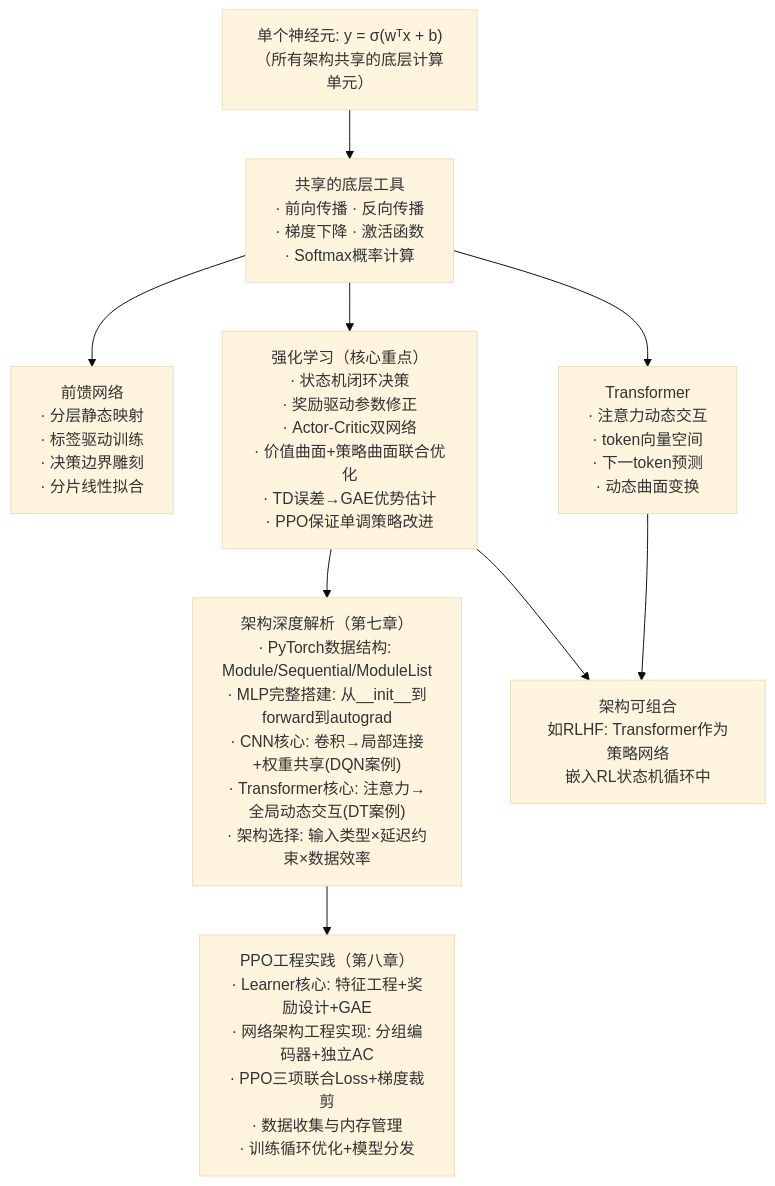
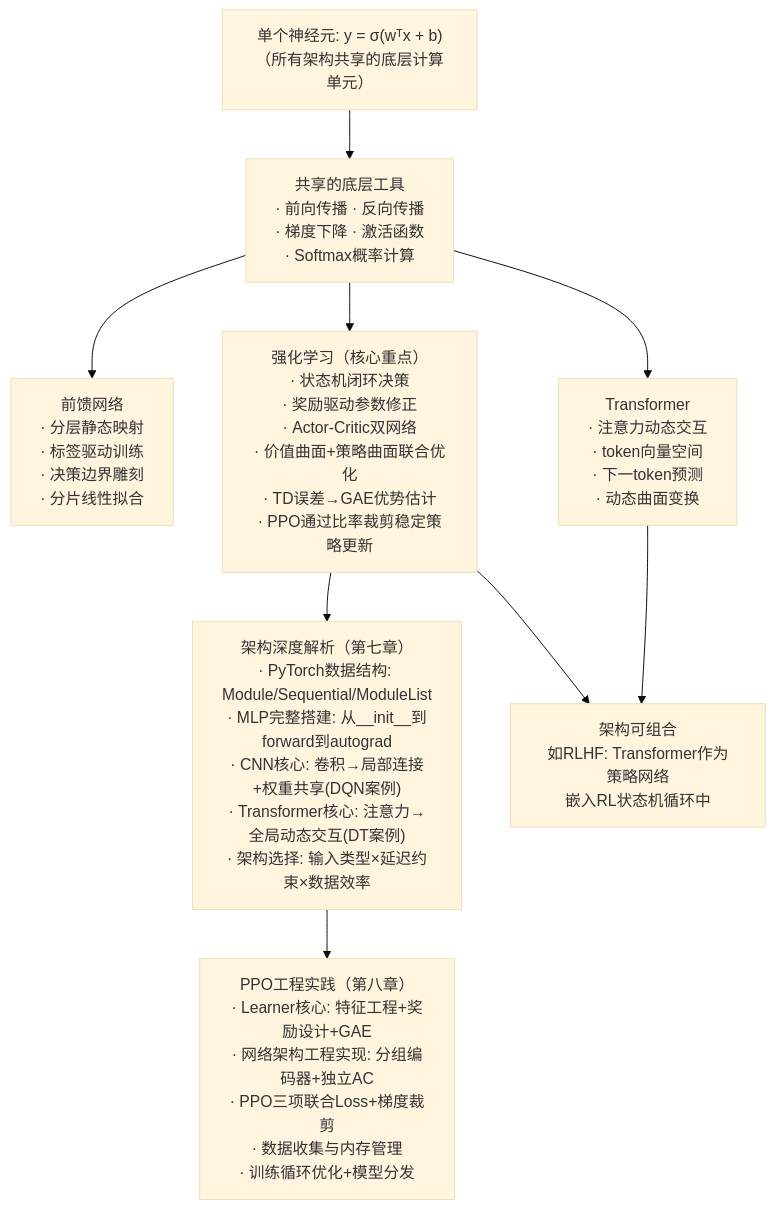
One commit to Achbite/RL-Study changed diagram 11 of 11 in RL-Note.md. Above: the diagram before and after it, drawn with Mermaid (base theme). The commit also changed other lines of this file and 1 other file, not shown here.

````diff
--- a/RL-Note.md
+++ b/RL-Note.md
@@ -4119,20 +5128,20 @@
 ```mermaid
 graph TD
     N["单个神经元: y = σ(wᵀx + b)<br/>（所有架构共享的底层计算单元）"]
     T["共享的底层工具<br/>· 前向传播 · 反向传播<br/>· 梯度下降 · 激活函数<br/>· Softmax概率计算"]
     FF["前馈网络<br/>· 分层静态映射<br/>· 标签驱动训练<br/>· 决策边界雕刻<br/>· 分片线性拟合"]
     TF["Transformer<br/>· 注意力动态交互<br/>· token向量空间<br/>· 下一token预测<br/>· 动态曲面变换"]
-    RL["强化学习（核心重点）<br/>· 状态机闭环决策<br/>· 奖励驱动参数修正<br/>· Actor-Critic双网络<br/>· 价值曲面+策略曲面联合优化<br/>· TD误差→GAE优势估计<br/>· PPO保证单调策略改进"]
+RL["强化学习（核心重点）<br/>· 状态机闭环决策<br/>· 奖励驱动参数修正<br/>· Actor-Critic双网络<br/>· 价值曲面+策略曲面联合优化<br/>· TD误差→GAE优势估计<br/>· PPO通过比率裁剪稳定策略更新"]
     ENG["PPO工程实践（第八章）<br/>· Learner核心: 特征工程+奖励设计+GAE<br/>· 网络架构工程实现: 分组编码器+独立AC<br/>· PPO三项联合Loss+梯度裁剪<br/>· 数据收集与内存管理<br/>· 训练循环优化+模型分发"]
     ARCH["架构深度解析（第七章）<br/>· PyTorch数据结构: Module/Sequential/ModuleList<br/>· MLP完整搭建: 从__init__到forward到autograd<br/>· CNN核心: 卷积→局部连接+权重共享(DQN案例)<br/>· Transformer核心: 注意力→全局动态交互(DT案例)<br/>· 架构选择: 输入类型×延迟约束×数据效率"]
     C["架构可组合<br/>如RLHF: Transformer作为策略网络<br/>嵌入RL状态机循环中"]
 
     N --> T
     T --> FF
     T --> TF
     T --> RL
     RL --> ARCH
     ARCH --> ENG
     TF --> C
     RL --> C
 ```
````
